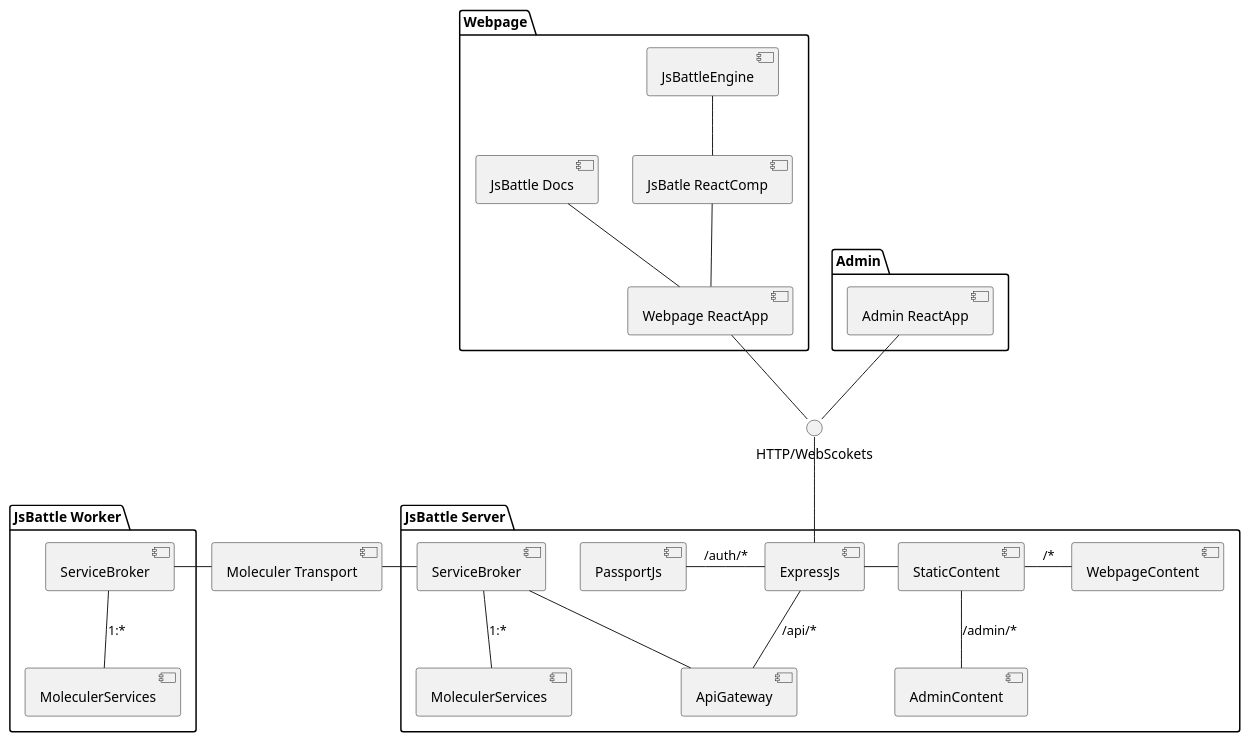
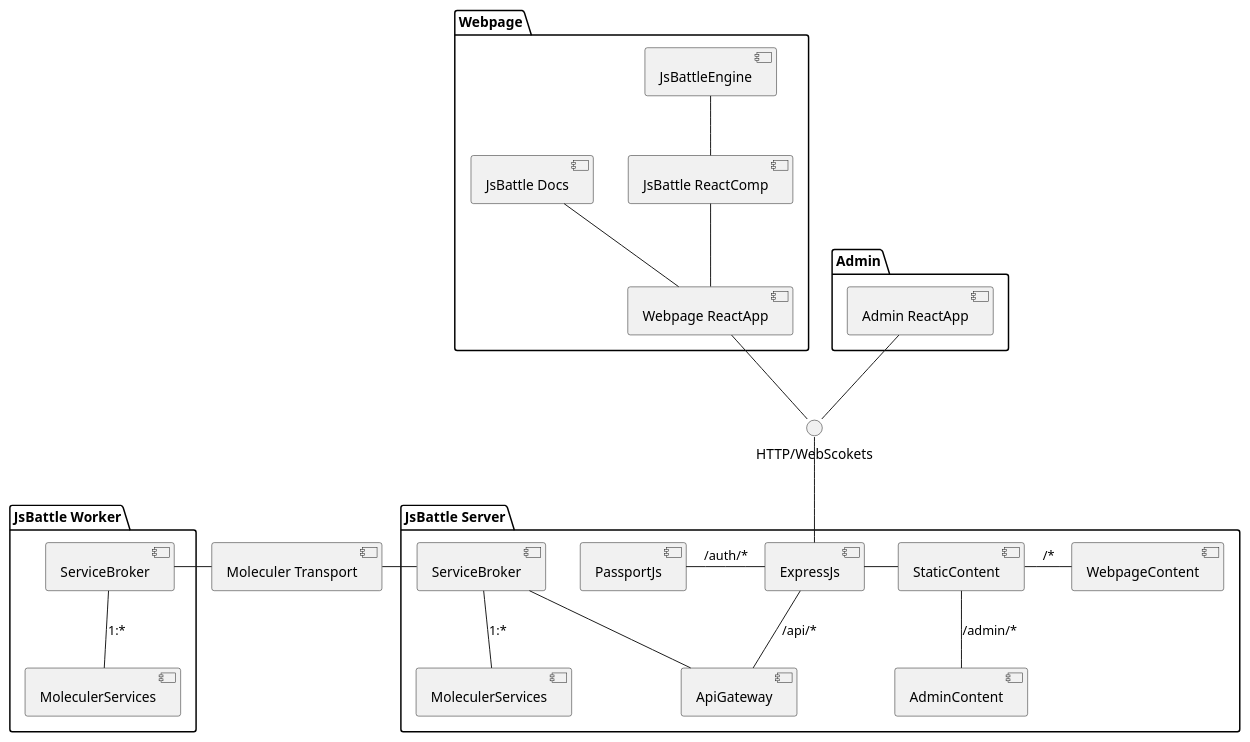
Before and after one commit to jamro/jsbattle: the diagram in packages/jsbattle-docs/src/puml/comp_overview.puml, drawn with PlantUML. The commit also changed 3 other files, not shown here.

Commit message:
docs(jsbattle-docs): describe component architecturer

```diff
--- a/packages/jsbattle-docs/src/puml/comp_overview.puml
+++ b/packages/jsbattle-docs/src/puml/comp_overview.puml
@@ -1,43 +1,43 @@
 @startuml
 
 package "Webpage" {
-  [JsBattleEngine] -- [JsBatle ReactComp]
-  [JsBatle ReactComp] -- [Webpage ReactApp]
+  [JsBattleEngine] -- [JsBattle ReactComp]
+  [JsBattle ReactComp] -- [Webpage ReactApp]
   [JsBattle Docs] -- [Webpage ReactApp]
 }
 
 package "Admin" {
   [Admin ReactApp]
 }
 
 Interface HTTP as "HTTP/WebScokets"
 
 [Webpage ReactApp] -- HTTP
 [Admin ReactApp] -- HTTP
 
 package "JsBattle Worker" {
   [ServiceBroker] as ServiceBroker2
   [MoleculerServices] as MoleculerServices2
   [ServiceBroker2] -- [MoleculerServices2] : 1:*
 }
 
 [Moleculer Transport]
 [ServiceBroker2] - [Moleculer Transport]
 
 
 
 package "JsBattle Server" {
   HTTP -- [ExpressJs]
   [ExpressJs] -- [ApiGateway] : /api/*
   [ExpressJs] - [StaticContent]
   [ServiceBroker] -- [ApiGateway]
   [ServiceBroker] -- [MoleculerServices] : 1:*
   [StaticContent] - [WebpageContent] : /*
   [StaticContent] -- [AdminContent] : /admin/*
   [PassportJs] - [ExpressJs] : /auth/*
 }
 
 [Moleculer Transport] - [ServiceBroker]
 
 
 @enduml
```
